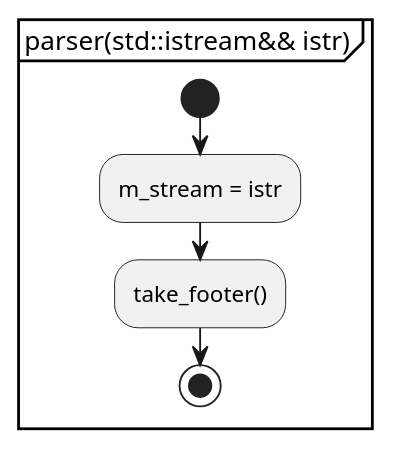
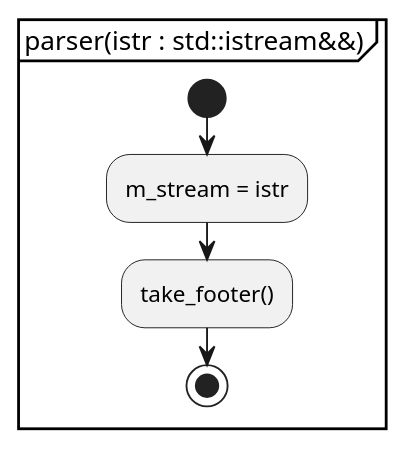
One commit to KodaiYM/PDFReader changed the first of 7 diagrams in document/parser.activity.pu. Above: the diagram before and after it, drawn with PlantUML. The commit also changed other lines of this file and 1 other file, not shown here.

Commit message:
クラス図において、関数の仮引数の型を後ろに : *** で書くように変更した

```diff
--- a/document/parser.activity.pu
+++ b/document/parser.activity.pu
@@ -1,8 +1,8 @@
 @startuml parser
-partition "parser(std::istream&& istr)" {
+partition "parser(istr : std::istream&&)" {
 start
 	:m_stream = istr;
 	:take_footer();
 stop
 }
 @enduml
```
